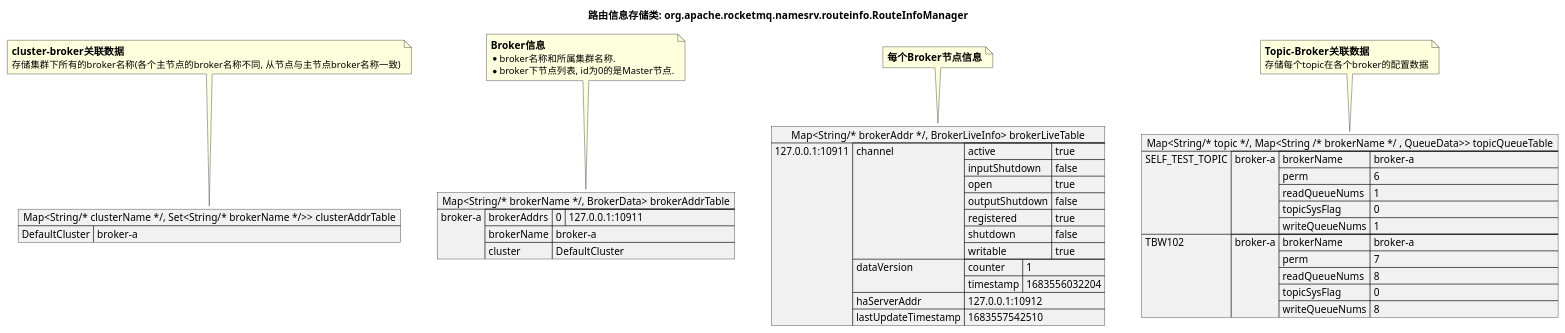
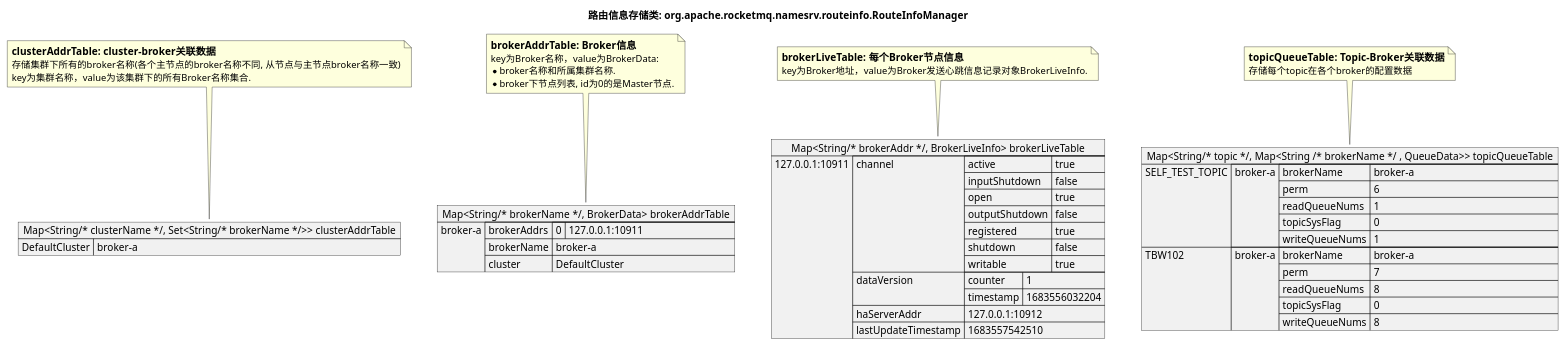
Before and after one commit to jjyyjjyy/cafebabe: the diagram in charts/rocketmq/RouteManagerInfo.puml, drawn with PlantUML. The commit also changed 11 other files, not shown here.

```diff
--- a/charts/rocketmq/RouteManagerInfo.puml
+++ b/charts/rocketmq/RouteManagerInfo.puml
@@ -1,84 +1,87 @@
 @startuml
 
 title "路由信息存储类: org.apache.rocketmq.namesrv.routeinfo.RouteInfoManager"
 
 json "Map<String/* clusterName */, Set<String/* brokerName */>> clusterAddrTable" as clusterAddrTable {
 	"DefaultCluster": ["broker-a"]
 }
 
 note top of clusterAddrTable
-=== cluster-broker关联数据
+=== clusterAddrTable: cluster-broker关联数据
 存储集群下所有的broker名称(各个主节点的broker名称不同, 从节点与主节点broker名称一致)
+key为集群名称，value为该集群下的所有Broker名称集合.
 end note
 
 
 json "Map<String/* brokerName */, BrokerData> brokerAddrTable" as brokerAddrTable {
  	"broker-a": {
  		"brokerAddrs": {
  			"0": "127.0.0.1:10911"
  		},
  		"brokerName": "broker-a",
  		"cluster": "DefaultCluster"
  	}
 }
 
 note top of brokerAddrTable
-=== Broker信息
+=== brokerAddrTable: Broker信息
+key为Broker名称，value为BrokerData:
 * broker名称和所属集群名称.
 * broker下节点列表, id为0的是Master节点.
 end note
 
 
 json "Map<String/* brokerAddr */, BrokerLiveInfo> brokerLiveTable" as brokerLiveTable {
 	"127.0.0.1:10911": {
 		"channel": {
 			"active": true,
 			"inputShutdown": false,
 			"open": true,
 			"outputShutdown": false,
 			"registered": true,
 			"shutdown": false,
 			"writable": true
 		},
 		"dataVersion": {
 			"counter": 1,
 			"timestamp": 1683556032204
 		},
 		"haServerAddr": "127.0.0.1:10912",
 		"lastUpdateTimestamp": 1683557542510
 	}
 }
 
 note top of brokerLiveTable
-=== 每个Broker节点信息
+=== brokerLiveTable: 每个Broker节点信息
+key为Broker地址，value为Broker发送心跳信息记录对象BrokerLiveInfo.
 end note
 
 
 json "Map<String/* topic */, Map<String /* brokerName */ , QueueData>> topicQueueTable" AS topicQueueTable {
 	"SELF_TEST_TOPIC": {
 		"broker-a": {
 			"brokerName": "broker-a",
 			"perm": 6,
 			"readQueueNums": 1,
 			"topicSysFlag": 0,
 			"writeQueueNums": 1
 		}
 	},
 	"TBW102": {
 		"broker-a": {
 			"brokerName": "broker-a",
 			"perm": 7,
 			"readQueueNums": 8,
 			"topicSysFlag": 0,
 			"writeQueueNums": 8
 		}
 	}
 }
 
 note top of topicQueueTable
-=== Topic-Broker关联数据
+=== topicQueueTable: Topic-Broker关联数据
 存储每个topic在各个broker的配置数据
 end note
 
 
 @enduml
```
